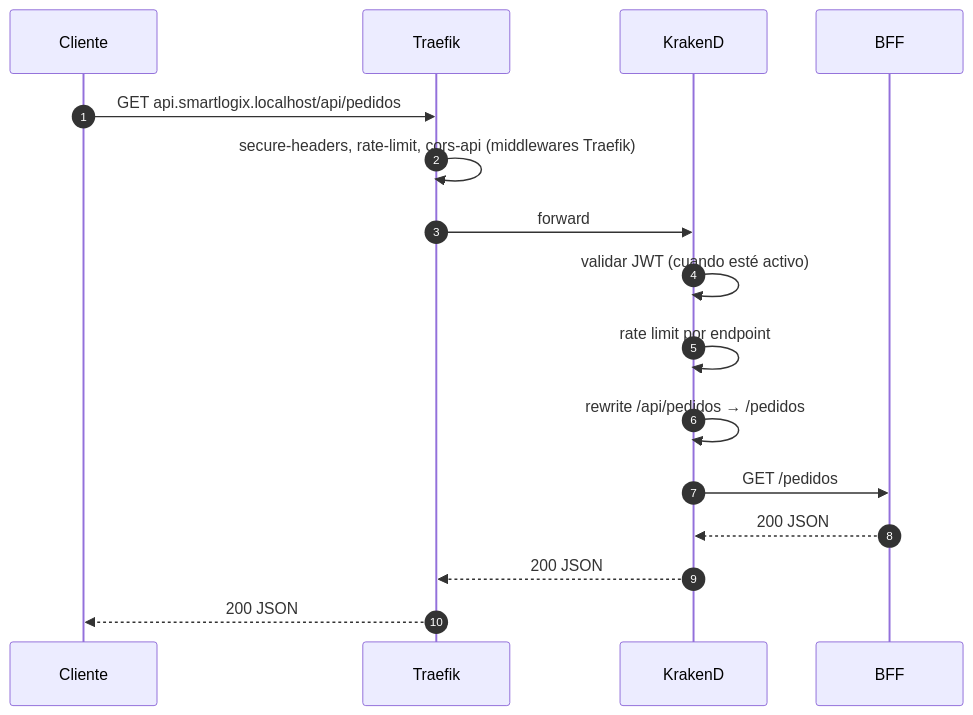
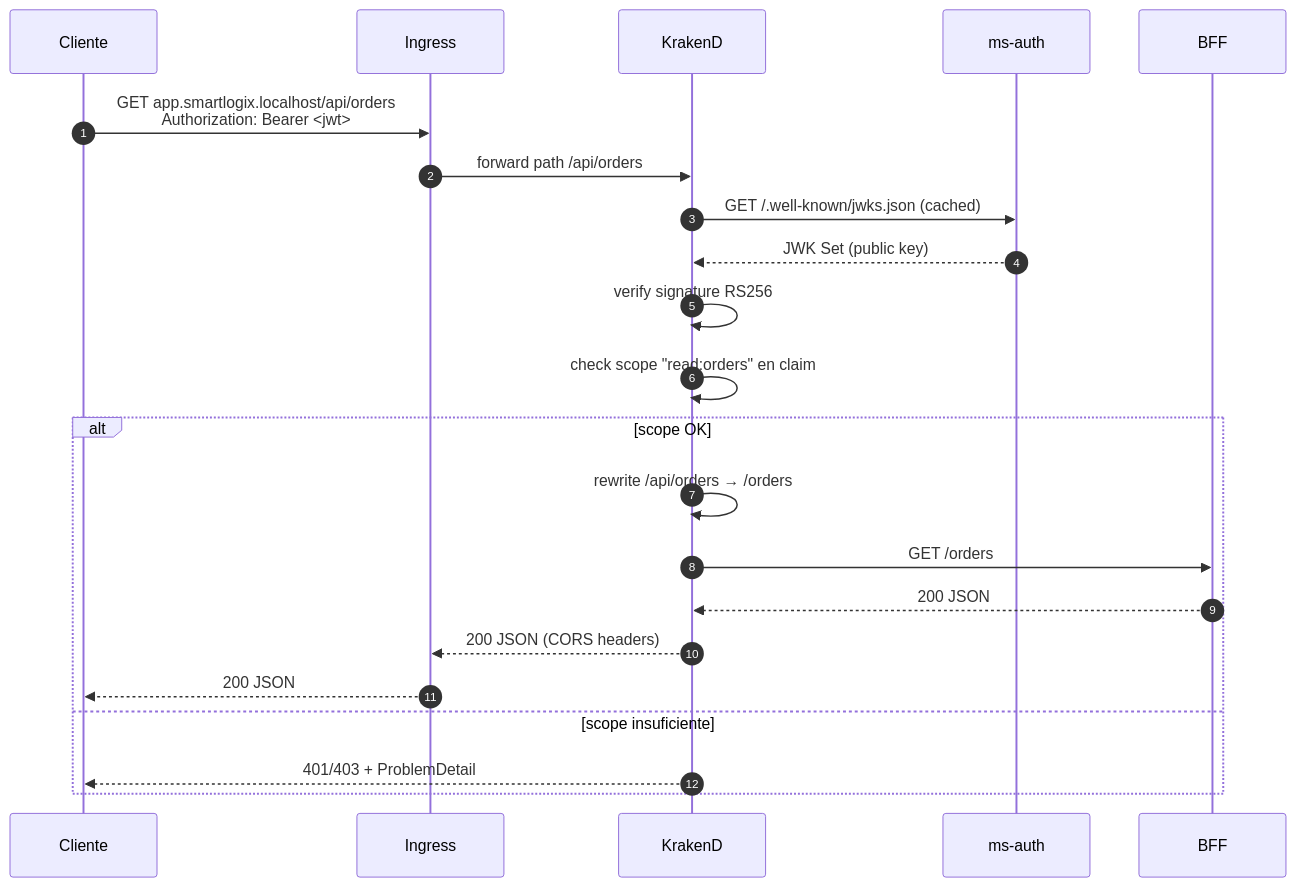
Before and after one commit to smartLogixfs/smartlogixs: the second of 2 diagrams in backend/api-gateway/README.md, drawn with Mermaid. The commit also changed other lines of this file and 8 other files, not shown here.

````diff
--- a/backend/api-gateway/README.md
+++ b/backend/api-gateway/README.md
@@ -65,19 +76,25 @@
 ```mermaid
 sequenceDiagram
     autonumber
     participant C as Cliente
-    participant T as Traefik
+    participant I as Ingress
     participant K as KrakenD
+    participant A as ms-auth
     participant B as BFF
 
-    C->>T: GET api.smartlogix.localhost/api/pedidos
-    T->>T: secure-headers, rate-limit, cors-api (middlewares Traefik)
-    T->>K: forward
-    K->>K: validar JWT (cuando esté activo)
-    K->>K: rate limit por endpoint
-    K->>K: rewrite /api/pedidos → /pedidos
-    K->>B: GET /pedidos
-    B-->>K: 200 JSON
-    K-->>T: 200 JSON
-    T-->>C: 200 JSON
+    C->>I: GET app.smartlogix.localhost/api/orders<br/>Authorization: Bearer <jwt>
+    I->>K: forward path /api/orders
+    K->>A: GET /.well-known/jwks.json (cached)
+    A-->>K: JWK Set (public key)
+    K->>K: verify signature RS256
+    K->>K: check scope "read:orders" en claim
+    alt scope OK
+        K->>K: rewrite /api/orders → /orders
+        K->>B: GET /orders
+        B-->>K: 200 JSON
+        K-->>I: 200 JSON (CORS headers)
+        I-->>C: 200 JSON
+    else scope insuficiente
+        K-->>C: 401/403 + ProblemDetail
+    end
 ```
````
